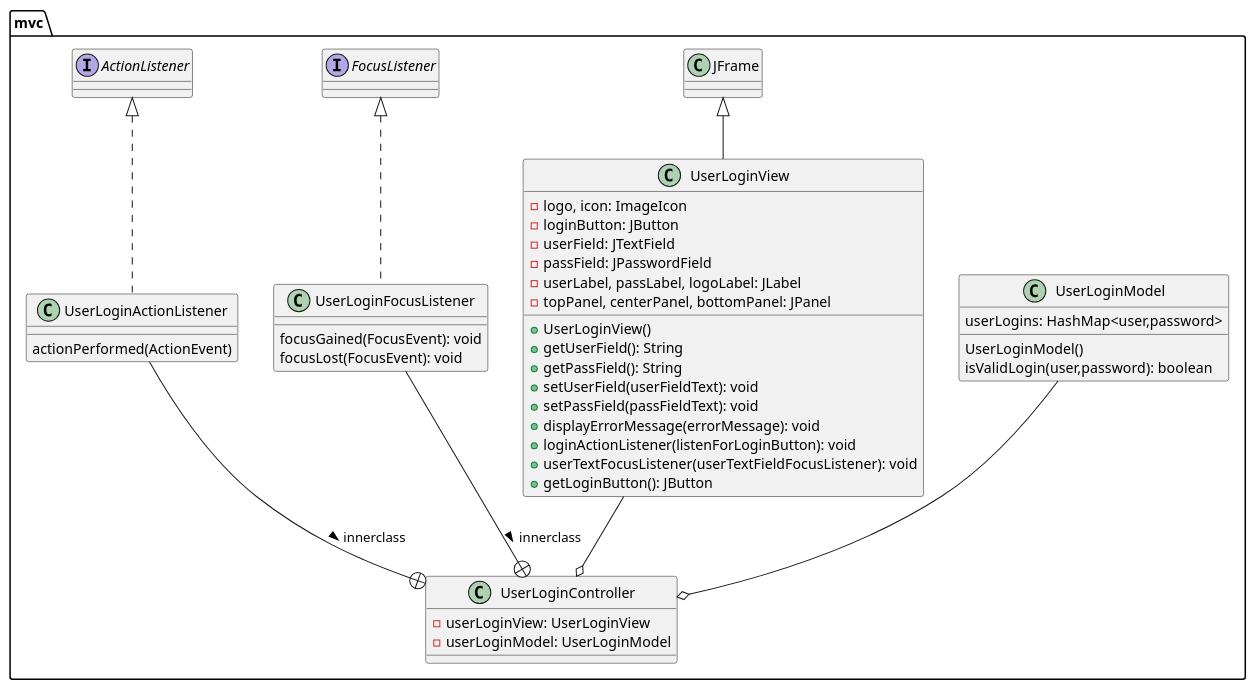
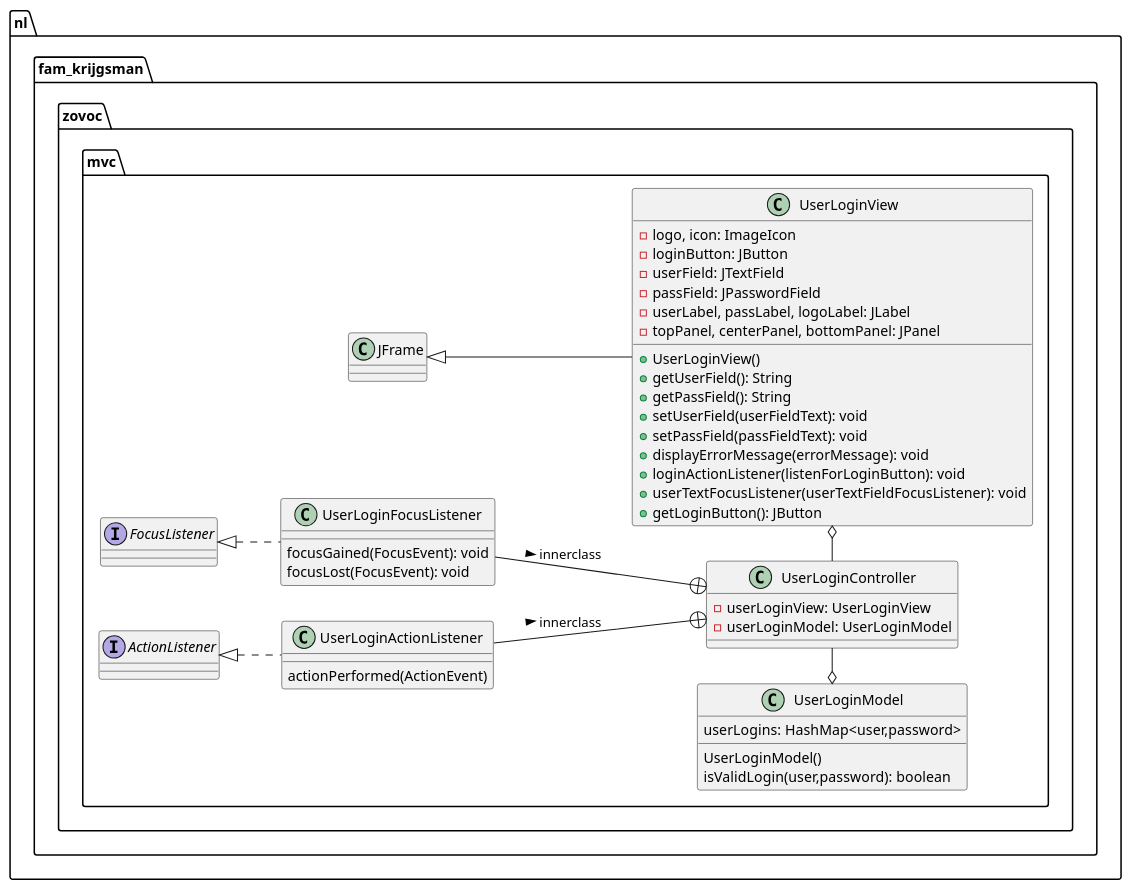
The diagram in Docs/mvc.UserLogin.puml (kaasszje/Zovoc-Leden-Beheer), drawn with PlantUML before and after one commit. The commit also changed 3 other files, not shown here.

```diff
--- a/Docs/mvc.UserLogin.puml
+++ b/Docs/mvc.UserLogin.puml
@@ -1,51 +1,51 @@
 @startuml
 'https://plantuml.com/class-diagram
+left to right direction
 
-
-package mvc {
+package nl.fam_krijgsman.zovoc.mvc {
 class UserLoginModel {
     userLogins: HashMap<user,password>
     UserLoginModel()
     isValidLogin(user,password): boolean
 }
 
 class UserLoginView extends JFrame {
     -logo, icon: ImageIcon
     -loginButton: JButton
     -userField: JTextField
     -passField: JPasswordField
     -userLabel, passLabel, logoLabel: JLabel
     -topPanel, centerPanel, bottomPanel: JPanel
     +UserLoginView()
     +getUserField(): String
     +getPassField(): String
     +setUserField(userFieldText): void
     +setPassField(passFieldText): void
     +displayErrorMessage(errorMessage): void
     +loginActionListener(listenForLoginButton): void
     +userTextFocusListener(userTextFieldFocusListener): void
     +getLoginButton(): JButton
 }
 
 class UserLoginController {
     -userLoginView: UserLoginView
     -userLoginModel: UserLoginModel
 }
 
 class UserLoginFocusListener implements FocusListener {
     focusGained(FocusEvent): void
     focusLost(FocusEvent): void
 }
 
 class UserLoginActionListener implements ActionListener {
     actionPerformed(ActionEvent)
 }
 
-UserLoginView --o UserLoginController
-UserLoginModel --o UserLoginController
+UserLoginController -o UserLoginView
+UserLoginModel o- UserLoginController
 UserLoginActionListener --+ UserLoginController : innerclass >
 UserLoginFocusListener --+ UserLoginController : innerclass >
 
 }
 
 @enduml
```
